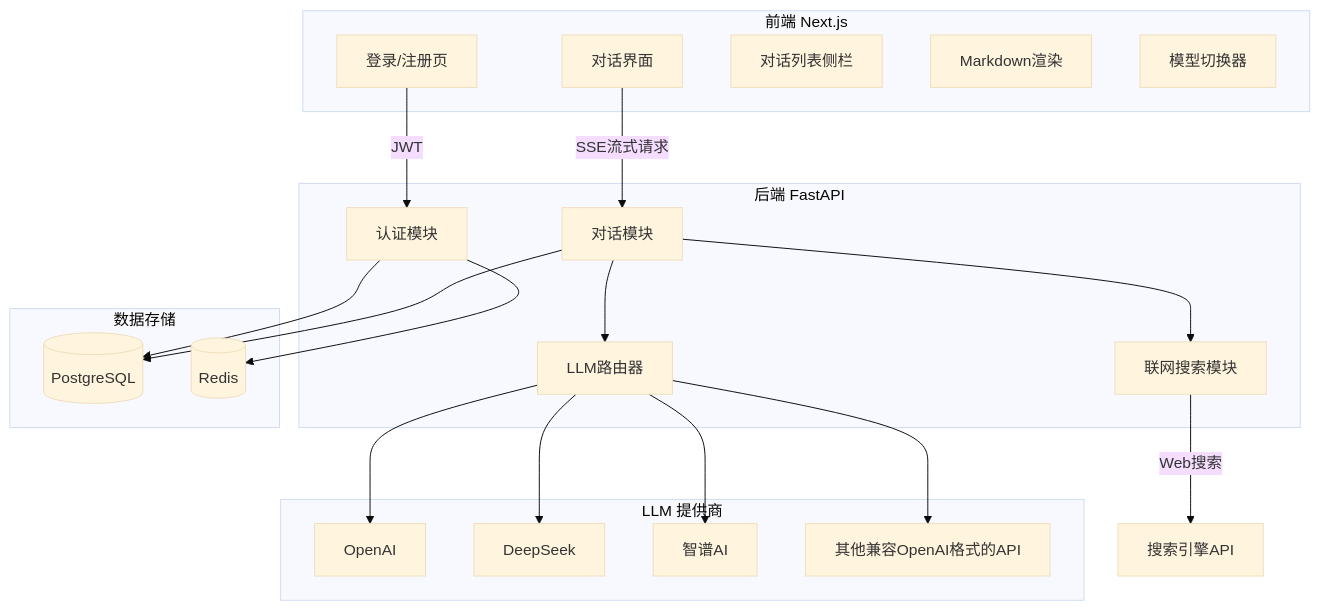
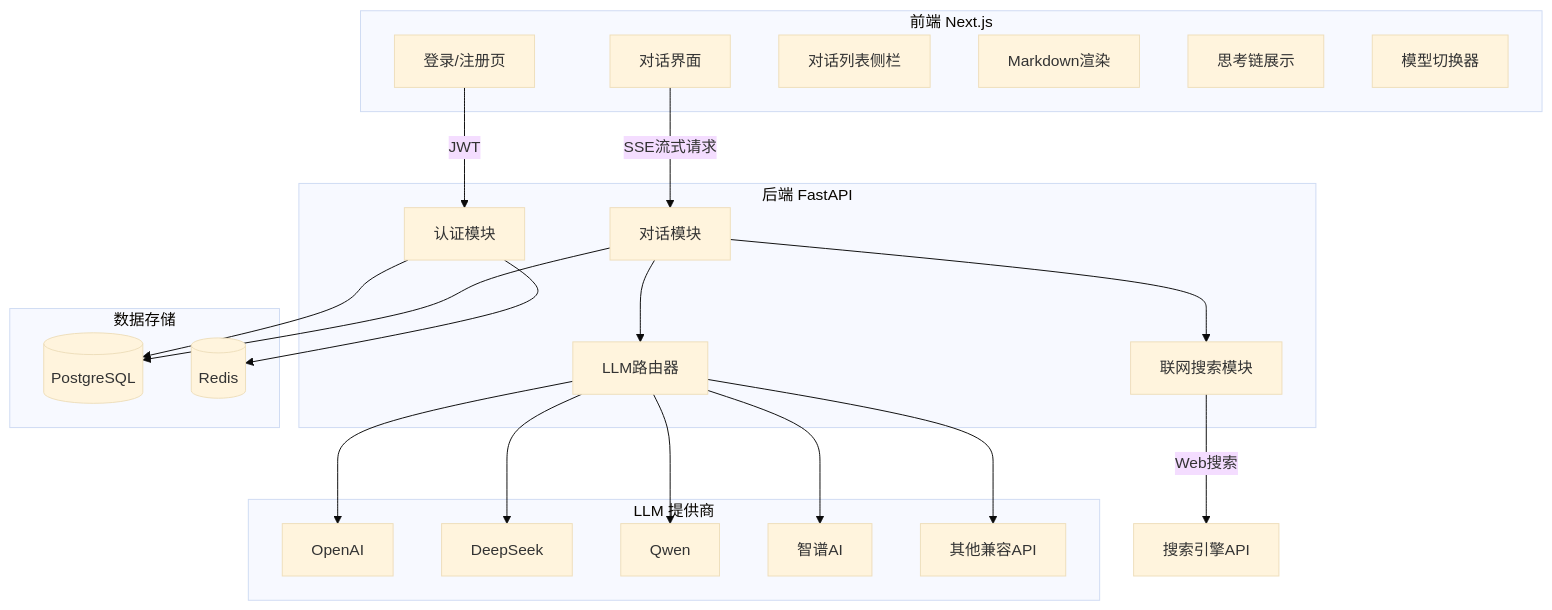
One commit to fanly93/chat_bot changed the first of 3 diagrams in .cursor/plans/chatbot_对话系统规划_f8d206bc.plan.md. Above: the diagram before and after it, drawn with Mermaid (base theme). The commit also changed other lines of this file and 33 other files, not shown here.

````diff
--- a/.cursor/plans/chatbot_对话系统规划_f8d206bc.plan.md
+++ b/.cursor/plans/chatbot_对话系统规划_f8d206bc.plan.md
@@ -54,42 +63,45 @@
 ```mermaid
 graph TD
     subgraph frontend [前端 Next.js]
         UI[对话界面]
         AuthPage[登录/注册页]
         ChatList[对话列表侧栏]
         MdRender[Markdown渲染]
+        ThinkBlock[思考链展示]
         ModelSwitch[模型切换器]
     end
 
     subgraph backend [后端 FastAPI]
         AuthAPI[认证模块]
         ChatAPI[对话模块]
         SearchAPI[联网搜索模块]
         LLMRouter[LLM路由器]
     end
 
     subgraph storage [数据存储]
         PostgreSQL[(PostgreSQL)]
         Redis[(Redis)]
     end
 
     subgraph llm_providers [LLM 提供商]
         OpenAI_API[OpenAI]
         DeepSeek_API[DeepSeek]
+        Qwen_API[Qwen]
         Zhipu_API[智谱AI]
-        OtherLLM[其他兼容OpenAI格式的API]
+        OtherLLM[其他兼容API]
     end
 
     UI -->|SSE流式请求| ChatAPI
     AuthPage -->|JWT| AuthAPI
     ChatAPI --> LLMRouter
     ChatAPI --> SearchAPI
     LLMRouter --> OpenAI_API
     LLMRouter --> DeepSeek_API
+    LLMRouter --> Qwen_API
     LLMRouter --> Zhipu_API
     LLMRouter --> OtherLLM
     AuthAPI --> PostgreSQL
     ChatAPI --> PostgreSQL
     AuthAPI --> Redis
     SearchAPI -->|Web搜索| ExternalSearch[搜索引擎API]
 ```
````
